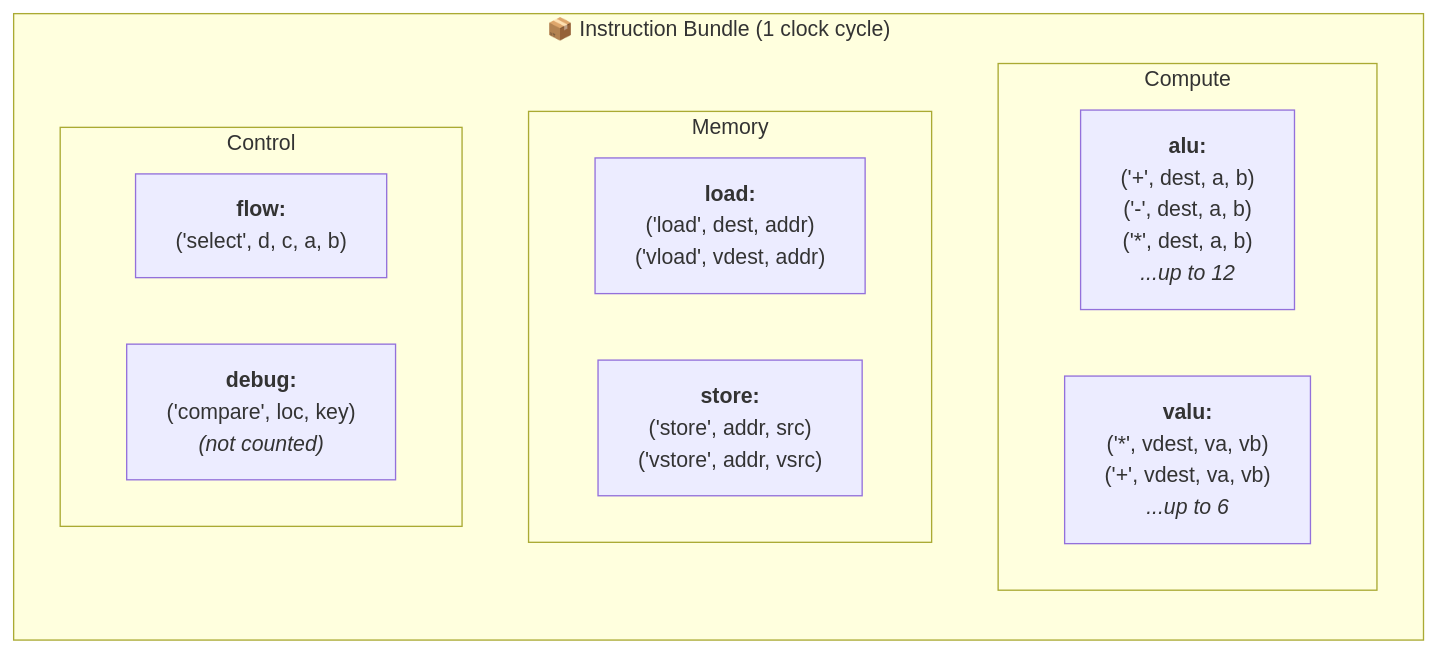
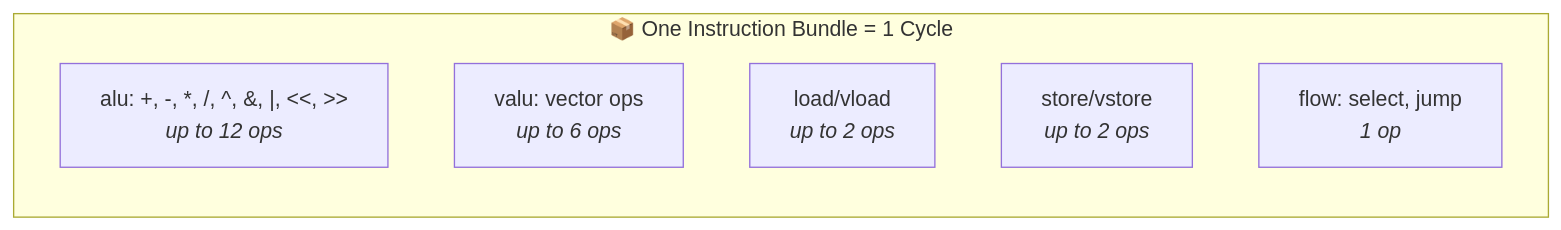
The second of 4 diagrams in content/posts/anthropic-performance-takehome-deep-dive.md (trirpi/trirpi.github.io), drawn with Mermaid before and after one commit. The commit also changed other lines of this file, not shown here.

Commit message:
Make Mermaid diagrams horizontal and more compact

````diff
--- a/content/posts/anthropic-performance-takehome-deep-dive.md
+++ b/content/posts/anthropic-performance-takehome-deep-dive.md
@@ -85,17 +72,10 @@
 ```mermaid
 flowchart LR
-    subgraph bundle["📦 Instruction Bundle (1 clock cycle)"]
-        subgraph compute["Compute"]
-            ALU["<b>alu:</b><br/>('+', dest, a, b)<br/>('-', dest, a, b)<br/>('*', dest, a, b)<br/><i>...up to 12</i>"]
-            VALU["<b>valu:</b><br/>('*', vdest, va, vb)<br/>('+', vdest, va, vb)<br/><i>...up to 6</i>"]
-        end
-        subgraph memory["Memory"]
-            LOAD["<b>load:</b><br/>('load', dest, addr)<br/>('vload', vdest, addr)"]
-            STORE["<b>store:</b><br/>('store', addr, src)<br/>('vstore', addr, vsrc)"]
-        end
-        subgraph control["Control"]
-            FLOW["<b>flow:</b><br/>('select', d, c, a, b)"]
-            DEBUG["<b>debug:</b><br/>('compare', loc, key)<br/><i>(not counted)</i>"]
-        end
+    subgraph bundle["📦 One Instruction Bundle = 1 Cycle"]
+        ALU["alu: +, -, *, /, ^, &, |, <<, >><br/><i>up to 12 ops</i>"]
+        VALU["valu: vector ops<br/><i>up to 6 ops</i>"]
+        LOAD["load/vload<br/><i>up to 2 ops</i>"]
+        STORE["store/vstore<br/><i>up to 2 ops</i>"]
+        FLOW["flow: select, jump<br/><i>1 op</i>"]
     end
 ```
````
